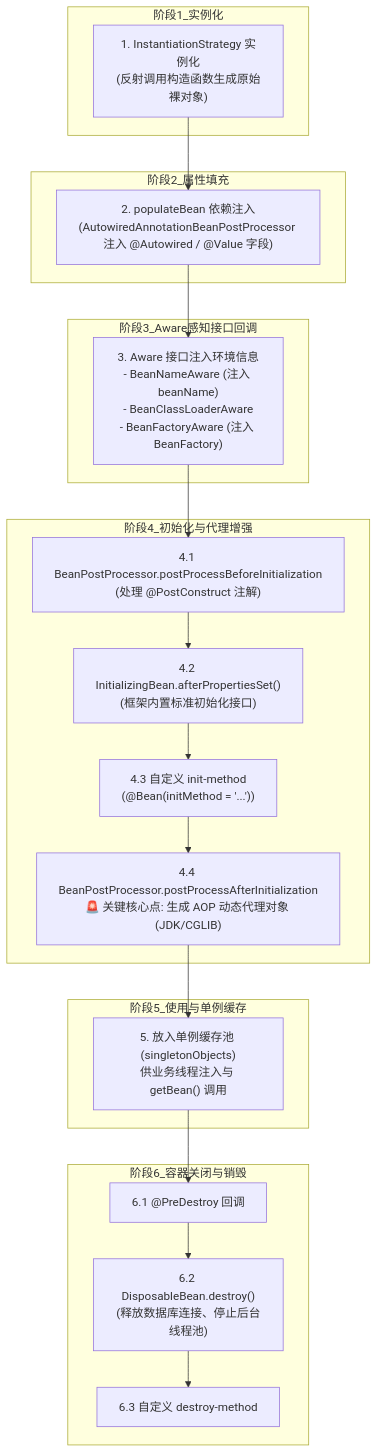
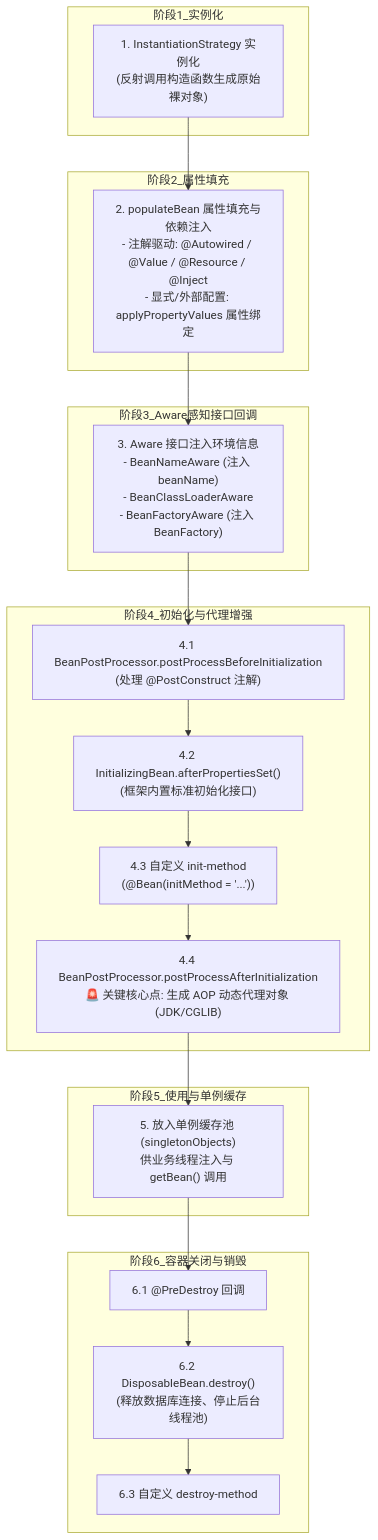
One commit to GuoWWWX/knowledge-base changed the third of 3 diagrams in 20-Java后端/04-Spring生态/01-IoC容器与Bean生命周期.md. Above: the diagram before and after it, drawn with Mermaid. The commit also changed other lines of this file, not shown here.

````diff
--- a/20-Java后端/04-Spring生态/01-IoC容器与Bean生命周期.md
+++ b/20-Java后端/04-Spring生态/01-IoC容器与Bean生命周期.md
@@ -101,36 +101,36 @@
 ```mermaid
 flowchart TD
     subgraph 阶段1_实例化
         S1["1. InstantiationStrategy 实例化<br/>(反射调用构造函数生成原始裸对象)"]
     end
 
     subgraph 阶段2_属性填充
-        S2["2. populateBean 依赖注入<br/>(AutowiredAnnotationBeanPostProcessor 注入 @Autowired / @Value 字段)"]
+        S2["2. populateBean 属性填充与依赖注入<br/>- 注解驱动: @Autowired / @Value / @Resource / @Inject<br/>- 显式/外部配置: applyPropertyValues 属性绑定"]
     end
 
     subgraph 阶段3_Aware感知接口回调
         S3["3. Aware 接口注入环境信息<br/>- BeanNameAware (注入 beanName)<br/>- BeanClassLoaderAware<br/>- BeanFactoryAware (注入 BeanFactory)"]
     end
 
     subgraph 阶段4_初始化与代理增强
         S4_1["4.1 BeanPostProcessor.postProcessBeforeInitialization<br/>(处理 @PostConstruct 注解)"]
         S4_2["4.2 InitializingBean.afterPropertiesSet()<br/>(框架内置标准初始化接口)"]
         S4_3["4.3 自定义 init-method<br/>(@Bean(initMethod = '...'))"]
         S4_4["4.4 BeanPostProcessor.postProcessAfterInitialization<br/>🚨 关键核心点: 生成 AOP 动态代理对象 (JDK/CGLIB)"]
         S4_1 --> S4_2 --> S4_3 --> S4_4
     end
 
     subgraph 阶段5_使用与单例缓存
         S5["5. 放入单例缓存池 (singletonObjects)<br/>供业务线程注入与 getBean() 调用"]
     end
 
     subgraph 阶段6_容器关闭与销毁
         S6_1["6.1 @PreDestroy 回调"]
         S6_2["6.2 DisposableBean.destroy()<br/>(释放数据库连接、停止后台线程池)"]
         S6_3["6.3 自定义 destroy-method"]
         S6_1 --> S6_2 --> S6_3
     end
 
     S1 --> S2 --> S3 --> S4_1
     S4_4 --> S5 --> S6_1
 ```
````
